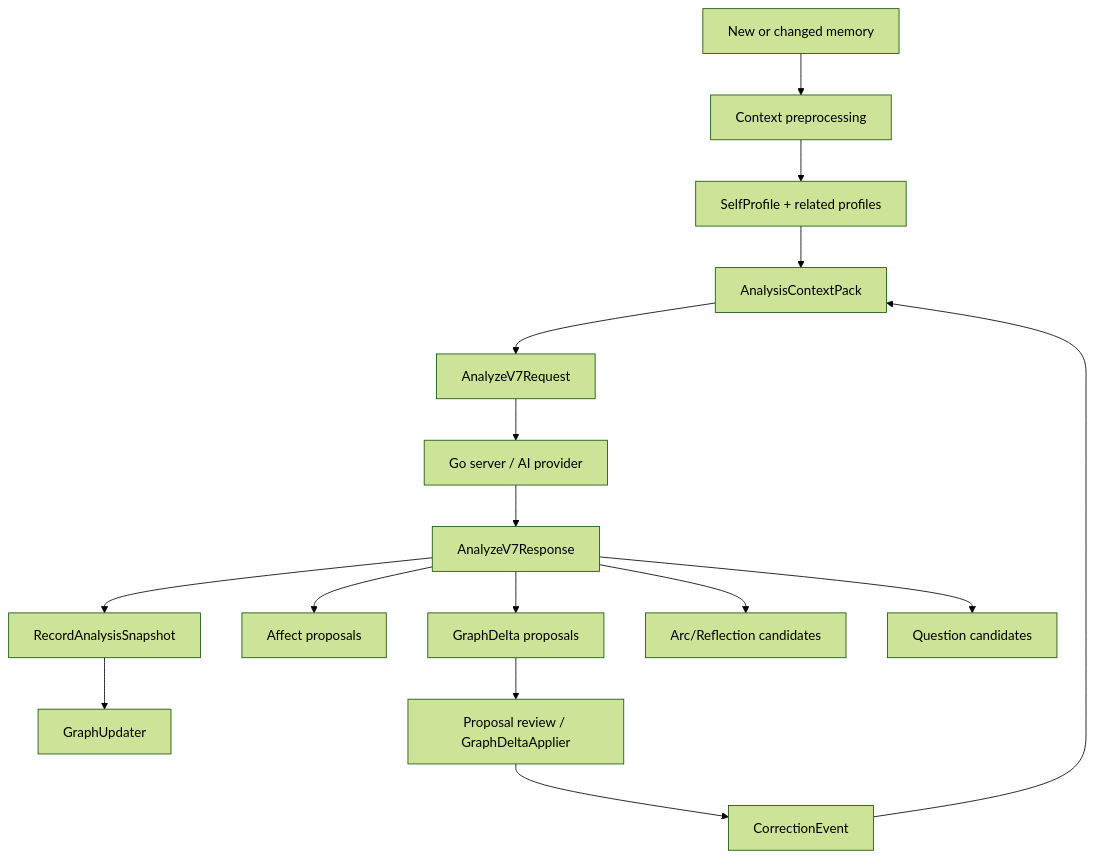
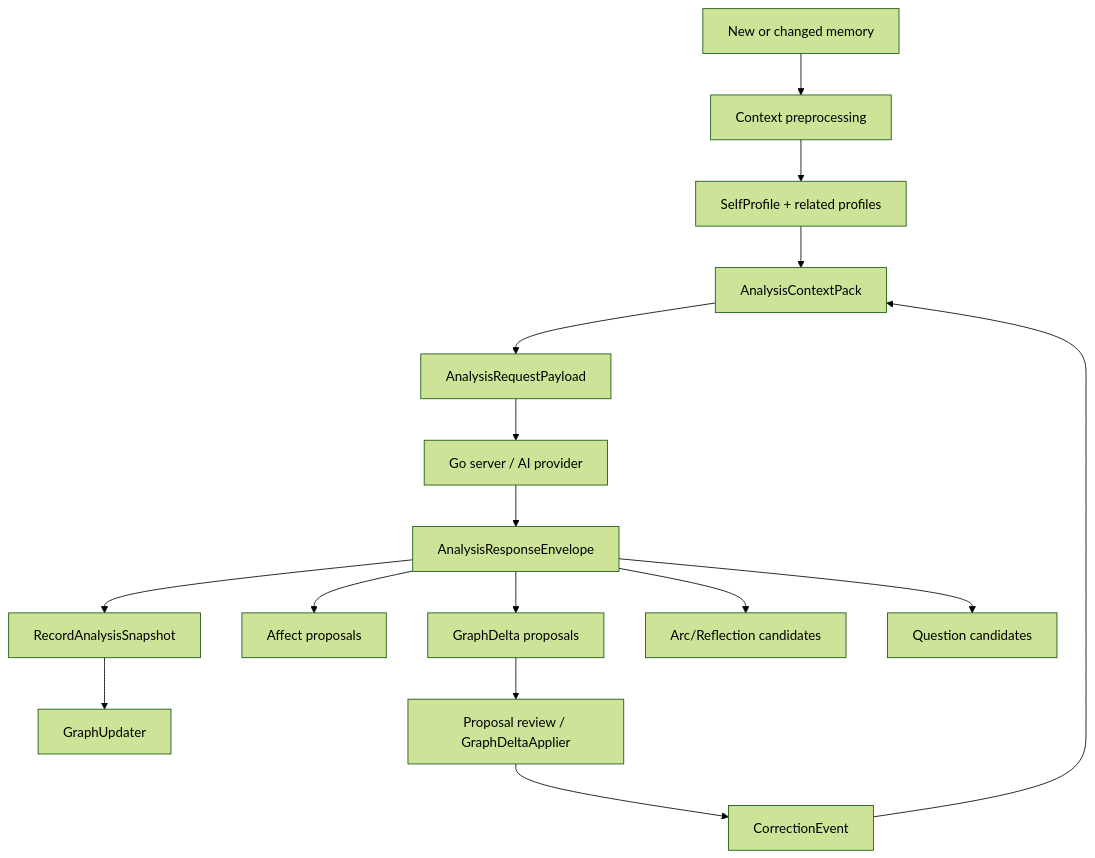
Before and after one commit to daaihang/sprout: the diagram in docs/mory_architecture_handbook_2026_05/05_ai_intelligence_architecture_audit.md, drawn with Mermaid (forest theme). The commit also changed other lines of this file and 61 other files, not shown here.

````diff
--- a/docs/mory_architecture_handbook_2026_05/05_ai_intelligence_architecture_audit.md
+++ b/docs/mory_architecture_handbook_2026_05/05_ai_intelligence_architecture_audit.md
@@ -7,18 +7,18 @@
 ```mermaid
 flowchart TD
     A["New or changed memory"] --> B["Context preprocessing"]
     B --> C["SelfProfile + related profiles"]
     C --> D["AnalysisContextPack"]
-    D --> E["AnalyzeV7Request"]
+    D --> E["AnalysisRequestPayload"]
     E --> F["Go server / AI provider"]
-    F --> G["AnalyzeV7Response"]
+    F --> G["AnalysisResponseEnvelope"]
     G --> H["RecordAnalysisSnapshot"]
     G --> I["Affect proposals"]
     G --> J["GraphDelta proposals"]
     G --> K["Arc/Reflection candidates"]
     G --> L["Question candidates"]
     H --> M["GraphUpdater"]
     J --> N["Proposal review / GraphDeltaApplier"]
     N --> O["CorrectionEvent"]
     O --> D
 ```
````
